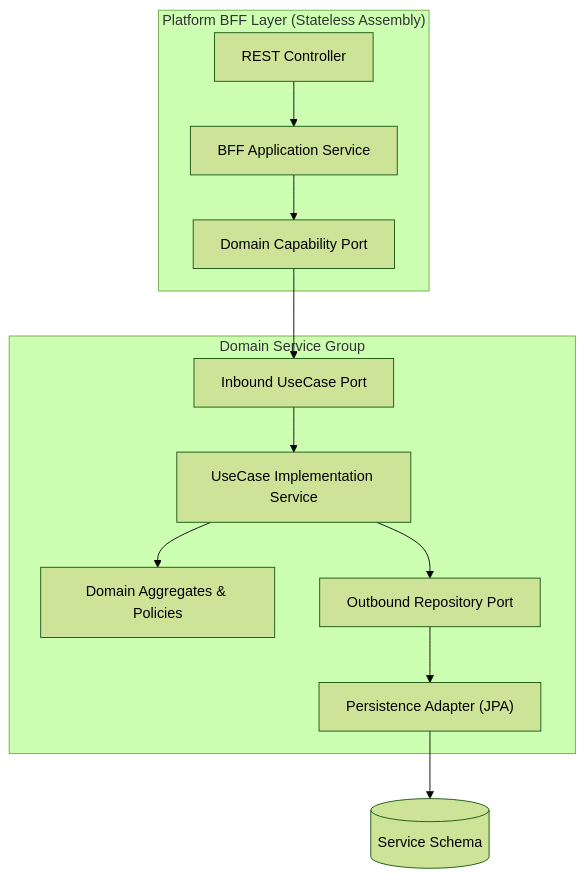
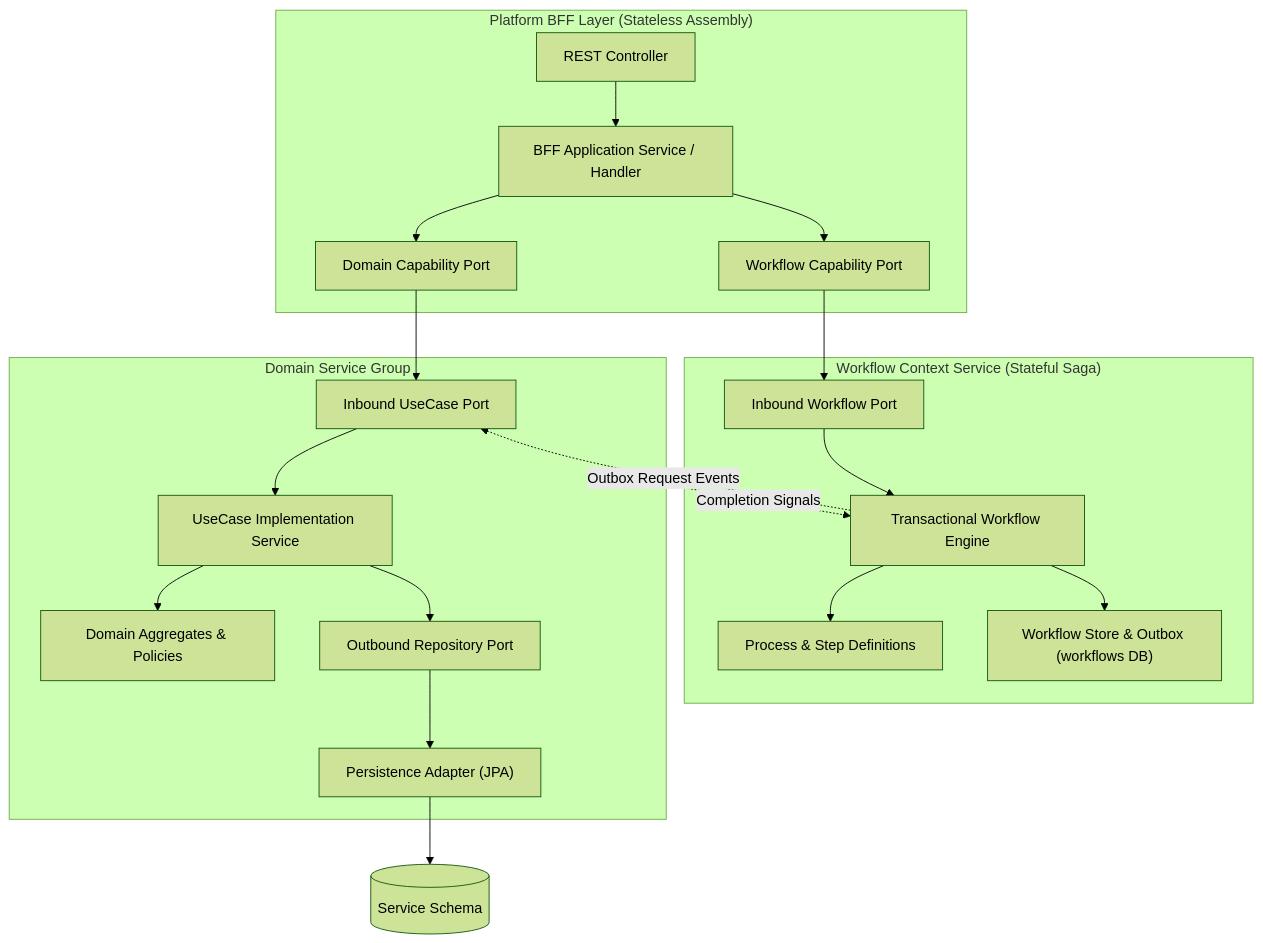
Before and after one commit to khinemyaezin/grab: the diagram in docs/spec/system/hexagonal-modular-service-packaging-tech-spec.md, drawn with Mermaid (forest theme). The commit also changed other lines of this file and 2460 other files, not shown here.

````diff
--- a/docs/spec/system/hexagonal-modular-service-packaging-tech-spec.md
+++ b/docs/spec/system/hexagonal-modular-service-packaging-tech-spec.md
@@ -39,17 +41,27 @@
 ```mermaid
 flowchart TD
     subgraph PlatformBFF ["Platform BFF Layer (Stateless Assembly)"]
-        Controller["REST Controller"] --> BFFService["BFF Application Service"]
+        Controller["REST Controller"] --> BFFService["BFF Application Service / Handler"]
         BFFService --> CapabilityPort["Domain Capability Port"]
+        BFFService --> WorkflowPort["Workflow Capability Port"]
+    end
+
+    subgraph WorkflowContextService ["Workflow Context Service (Stateful Saga)"]
+        WorkflowPort --> WFInboundPort["Inbound Workflow Port"]
+        WFInboundPort --> WFEngine["Transactional Workflow Engine"]
+        WFEngine --> StepDefs["Process & Step Definitions"]
+        WFEngine --> WFStore["Workflow Store & Outbox (workflows DB)"]
     end
 
     subgraph DomainServiceGroup ["Domain Service Group"]
         CapabilityPort --> InboundPort["Inbound UseCase Port"]
         InboundPort --> UseCaseService["UseCase Implementation Service"]
         UseCaseService --> DomainCore["Domain Aggregates & Policies"]
         UseCaseService --> OutboundPort["Outbound Repository Port"]
         OutboundPort --> PersistenceAdapter["Persistence Adapter (JPA)"]
     end
 
     PersistenceAdapter --> Database[("Service Schema")]
+    WFEngine -.->|"Outbox Request Events"| InboundPort
+    DomainServiceGroup -.->|"Completion Signals"| WFEngine
 ```
````
